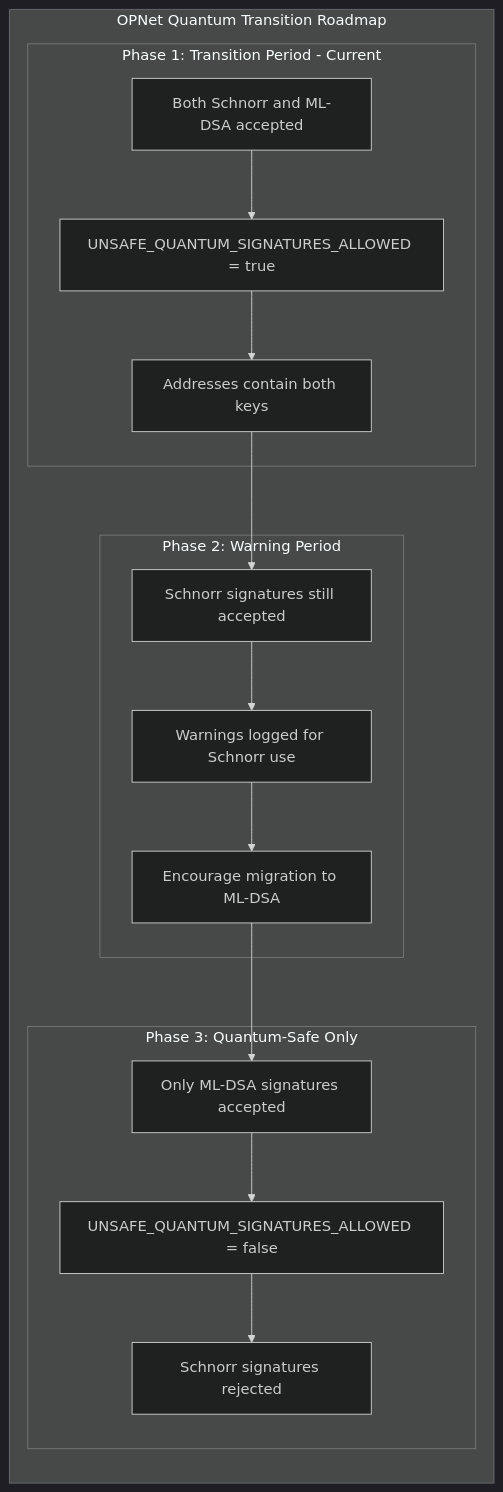
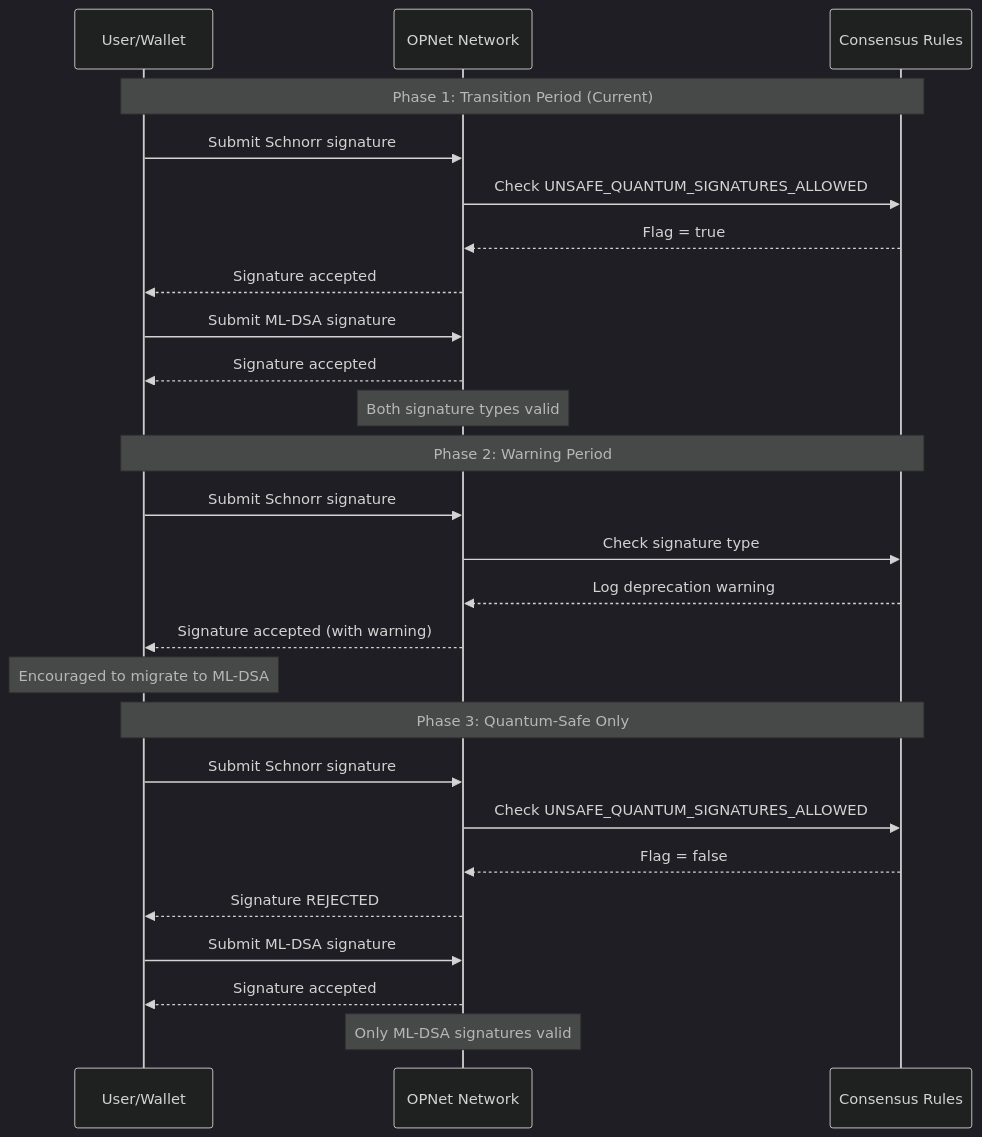
The fourth of 4 diagrams in docs/advanced/quantum-resistance.md (btc-vision/btc-runtime), drawn with Mermaid before and after one commit. The commit also changed other lines of this file and 7 other files, not shown here.

First line of the commit message:
Refactor diagrams to use sequence diagrams and improve clarity

````diff
--- a/docs/advanced/quantum-resistance.md
+++ b/docs/advanced/quantum-resistance.md
@@ -315,30 +315,35 @@
 ```mermaid
 ---
 config:
   theme: dark
 ---
-flowchart LR
-    subgraph OPNet["OPNet Quantum Transition Roadmap"]
-        subgraph Phase1["Phase 1: Transition Period - Current"]
-            P1A["Both Schnorr and ML-DSA accepted"]
-            P1B["UNSAFE_QUANTUM_SIGNATURES_ALLOWED = true"]
-            P1C["Addresses contain both keys"]
-        end
+sequenceDiagram
+    participant User as User/Wallet
+    participant Network as OPNet Network
+    participant Consensus as Consensus Rules
 
-        subgraph Phase2["Phase 2: Warning Period"]
-            P2A["Schnorr signatures still accepted"]
-            P2B["Warnings logged for Schnorr use"]
-            P2C["Encourage migration to ML-DSA"]
-        end
+    Note over User,Consensus: Phase 1: Transition Period (Current)
+    User->>Network: Submit Schnorr signature
+    Network->>Consensus: Check UNSAFE_QUANTUM_SIGNATURES_ALLOWED
+    Consensus-->>Network: Flag = true
+    Network-->>User: Signature accepted
+    User->>Network: Submit ML-DSA signature
+    Network-->>User: Signature accepted
+    Note over Network: Both signature types valid
 
-        subgraph Phase3["Phase 3: Quantum-Safe Only"]
-            P3A["Only ML-DSA signatures accepted"]
-            P3B["UNSAFE_QUANTUM_SIGNATURES_ALLOWED = false"]
-            P3C["Schnorr signatures rejected"]
-        end
+    Note over User,Consensus: Phase 2: Warning Period
+    User->>Network: Submit Schnorr signature
+    Network->>Consensus: Check signature type
+    Consensus-->>Network: Log deprecation warning
+    Network-->>User: Signature accepted (with warning)
+    Note over User: Encouraged to migrate to ML-DSA
 
-        P1A --> P1B --> P1C --> P2A
-        P2A --> P2B --> P2C --> P3A
-        P3A --> P3B --> P3C
-    end
+    Note over User,Consensus: Phase 3: Quantum-Safe Only
+    User->>Network: Submit Schnorr signature
+    Network->>Consensus: Check UNSAFE_QUANTUM_SIGNATURES_ALLOWED
+    Consensus-->>Network: Flag = false
+    Network-->>User: Signature REJECTED
+    User->>Network: Submit ML-DSA signature
+    Network-->>User: Signature accepted
+    Note over Network: Only ML-DSA signatures valid
 ```
````
